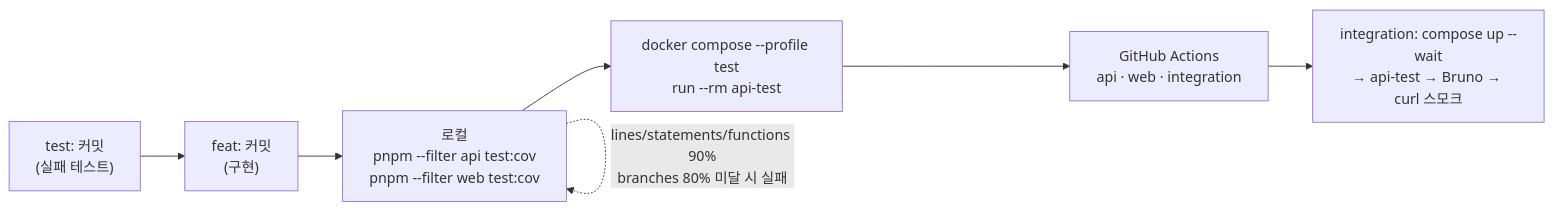
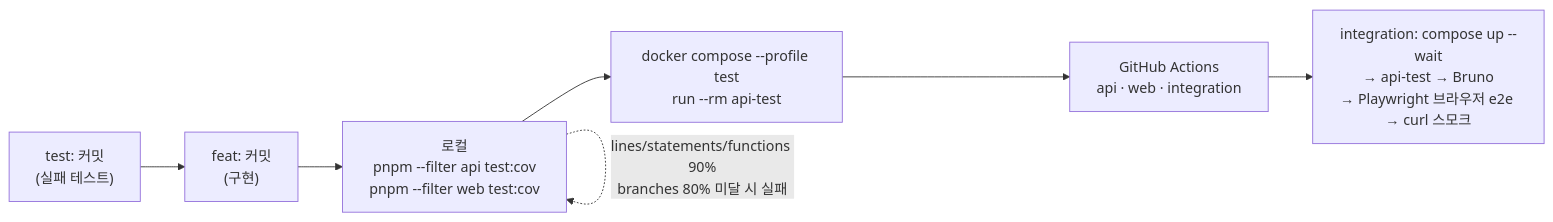
Before and after one commit to mitoconcrete/leadmagnet-crm: the sixth of 6 diagrams in docs/diagrams.md, drawn with Mermaid. The commit also changed other lines of this file and 3 other files, not shown here.

First line of the commit message:
docs: ERD·방문자 흐름·파이프라인 다이어그램을 구현과 재동기화

````diff
--- a/docs/diagrams.md
+++ b/docs/diagrams.md
@@ -196,9 +203,9 @@
 ```mermaid
 flowchart LR
     T["test: 커밋<br/>(실패 테스트)"] --> F["feat: 커밋<br/>(구현)"]
     F --> L["로컬<br/>pnpm --filter api test:cov<br/>pnpm --filter web test:cov"]
     L --> C["docker compose --profile test<br/>run --rm api-test"]
     C --> G["GitHub Actions<br/>api · web · integration"]
-    G --> I["integration: compose up --wait<br/>→ api-test → Bruno → curl 스모크"]
+    G --> I["integration: compose up --wait<br/>→ api-test → Bruno<br/>→ Playwright 브라우저 e2e → curl 스모크"]
     L -.->|"lines/statements/functions 90%<br/>branches 80% 미달 시 실패"| L
 ```
````
